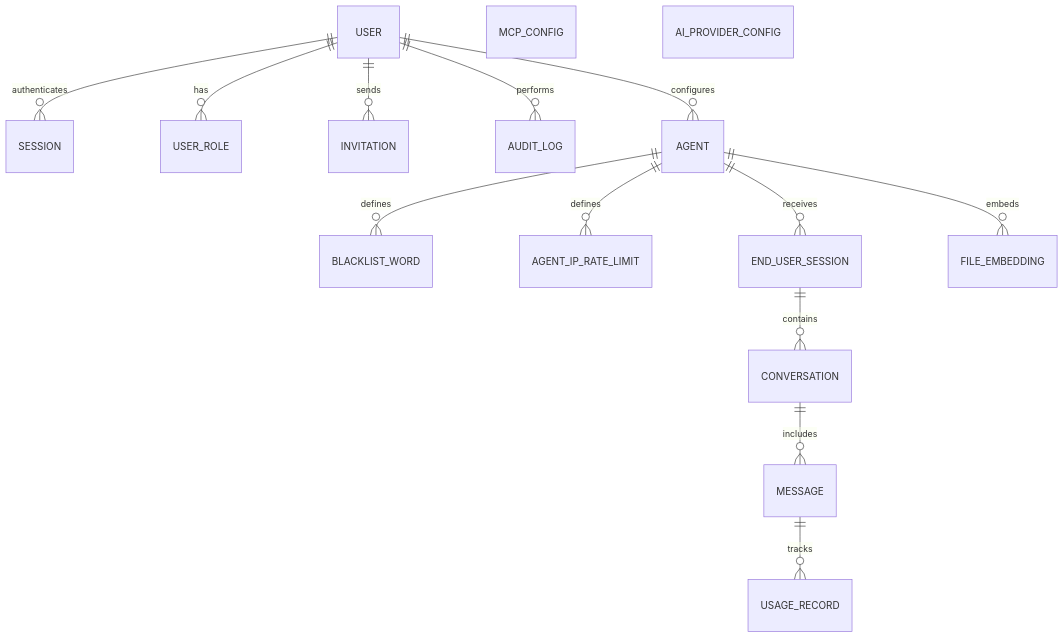
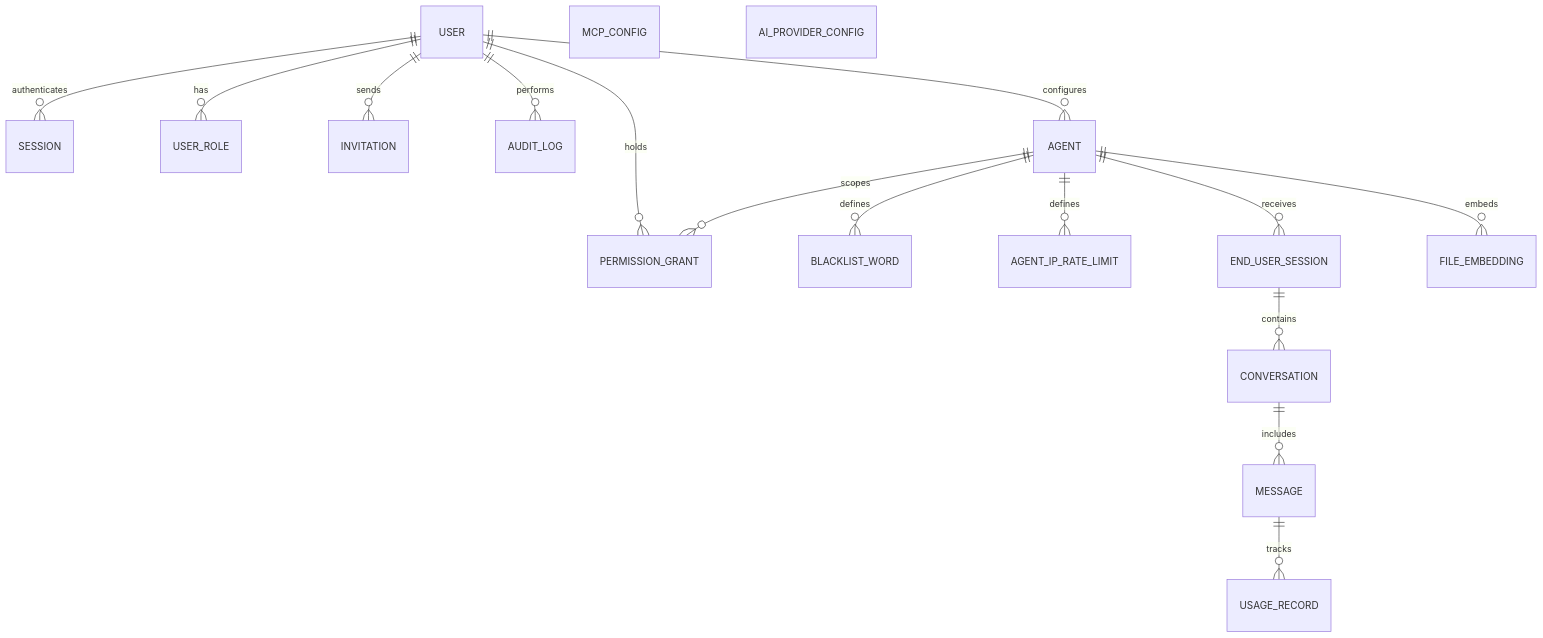
The diagram in docs/ERD.md (Talqo/talqo), drawn with Mermaid before and after one commit. The commit also changed 12 other files, not shown here.

````diff
--- a/docs/ERD.md
+++ b/docs/ERD.md
@@ -5,37 +5,40 @@
 ```mermaid
 erDiagram
     USER
     SESSION
     USER_ROLE
     INVITATION
+    PERMISSION_GRANT
     AUDIT_LOG
 
     AGENT
     BLACKLIST_WORD
     AGENT_IP_RATE_LIMIT
 
     MCP_CONFIG
     AI_PROVIDER_CONFIG
 
     END_USER_SESSION
     CONVERSATION
     MESSAGE
 
     FILE_EMBEDDING
     USAGE_RECORD
 
     USER ||--o{ SESSION : authenticates
     USER ||--o{ USER_ROLE : has
     USER ||--o{ INVITATION : sends
+    USER ||--o{ PERMISSION_GRANT : holds
     USER ||--o{ AUDIT_LOG : performs
 
     USER ||--o{ AGENT : configures
+    AGENT ||--o{ PERMISSION_GRANT : scopes
     AGENT ||--o{ BLACKLIST_WORD : defines
     AGENT ||--o{ AGENT_IP_RATE_LIMIT : defines
     AGENT ||--o{ FILE_EMBEDDING : embeds
 
     AGENT ||--o{ END_USER_SESSION : receives
     END_USER_SESSION ||--o{ CONVERSATION : contains
     CONVERSATION ||--o{ MESSAGE : includes
     MESSAGE ||--o{ USAGE_RECORD : tracks
 ```
````
